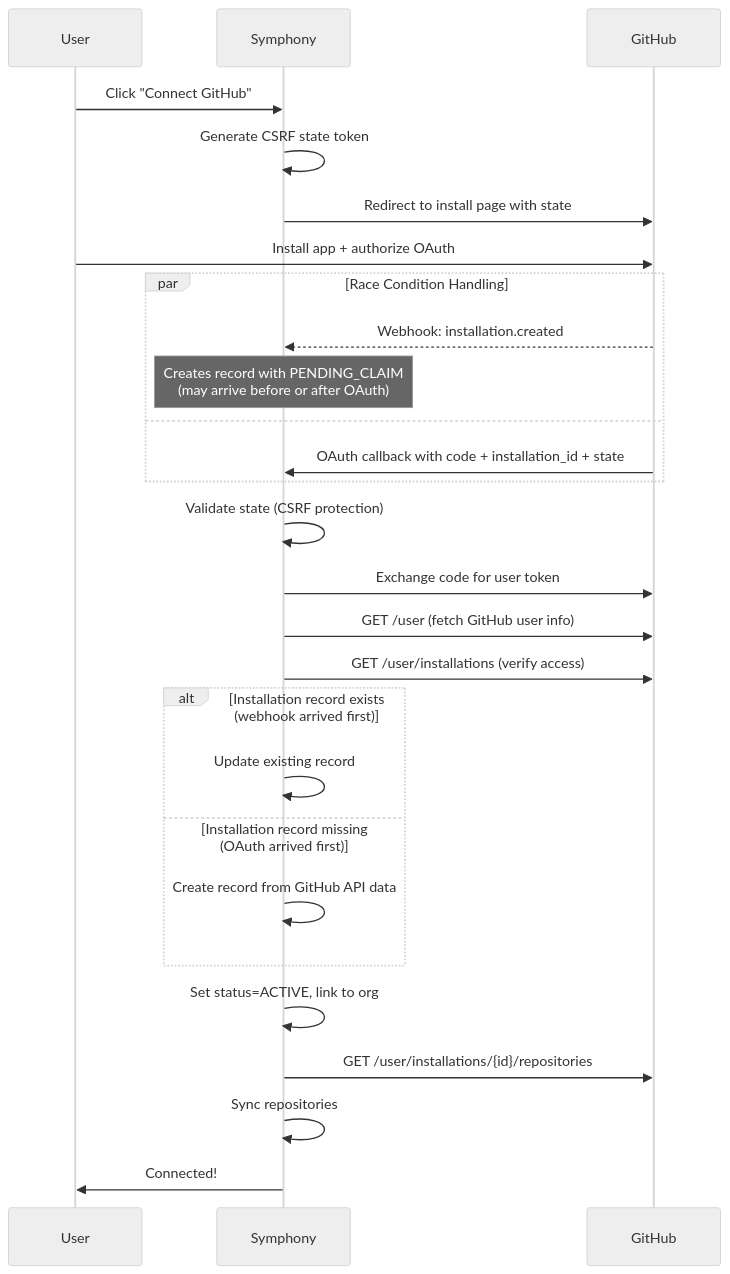
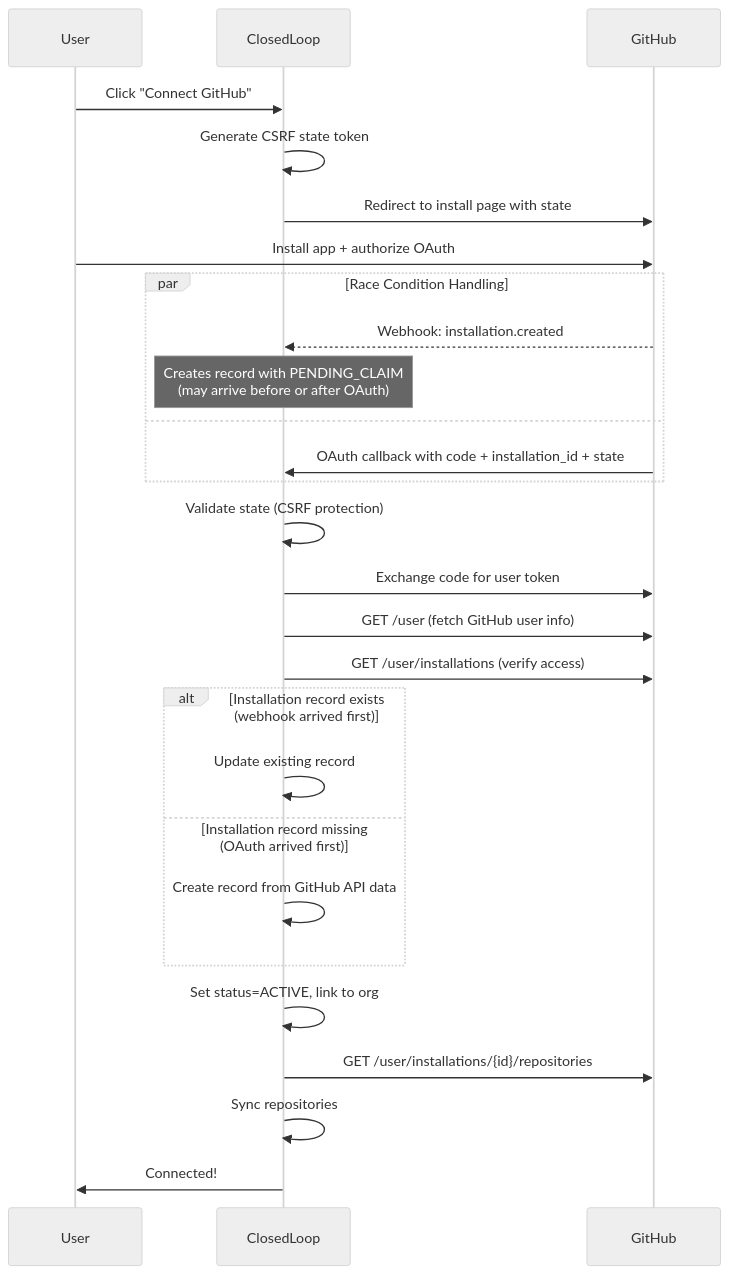
One commit to closedloop-ai/closedloop-ai changed the first of 2 diagrams in docs/github-app-setup.md. Above: the diagram before and after it, drawn with Mermaid (neutral theme). The commit also changed other lines of this file and 23 other files, not shown here.

First line of the commit message:
Symphony -> ClosedLoop rebrand (#555)

````diff
--- a/docs/github-app-setup.md
+++ b/docs/github-app-setup.md
@@ -22,34 +22,34 @@
 ```mermaid
 sequenceDiagram
     participant User
-    participant Symphony
+    participant ClosedLoop
     participant GitHub
 
-    User->>Symphony: Click "Connect GitHub"
-    Symphony->>Symphony: Generate CSRF state token
-    Symphony->>GitHub: Redirect to install page with state
+    User->>ClosedLoop: Click "Connect GitHub"
+    ClosedLoop->>ClosedLoop: Generate CSRF state token
+    ClosedLoop->>GitHub: Redirect to install page with state
     User->>GitHub: Install app + authorize OAuth
 
     par Race Condition Handling
-        GitHub-->>Symphony: Webhook: installation.created
-        Note over Symphony: Creates record with PENDING_CLAIM<br/>(may arrive before or after OAuth)
+        GitHub-->>ClosedLoop: Webhook: installation.created
+        Note over ClosedLoop: Creates record with PENDING_CLAIM<br/>(may arrive before or after OAuth)
     and
-        GitHub->>Symphony: OAuth callback with code + installation_id + state
+        GitHub->>ClosedLoop: OAuth callback with code + installation_id + state
     end
 
-    Symphony->>Symphony: Validate state (CSRF protection)
-    Symphony->>GitHub: Exchange code for user token
-    Symphony->>GitHub: GET /user (fetch GitHub user info)
-    Symphony->>GitHub: GET /user/installations (verify access)
+    ClosedLoop->>ClosedLoop: Validate state (CSRF protection)
+    ClosedLoop->>GitHub: Exchange code for user token
+    ClosedLoop->>GitHub: GET /user (fetch GitHub user info)
+    ClosedLoop->>GitHub: GET /user/installations (verify access)
 
     alt Installation record exists (webhook arrived first)
-        Symphony->>Symphony: Update existing record
+        ClosedLoop->>ClosedLoop: Update existing record
     else Installation record missing (OAuth arrived first)
-        Symphony->>Symphony: Create record from GitHub API data
+        ClosedLoop->>ClosedLoop: Create record from GitHub API data
     end
 
-    Symphony->>Symphony: Set status=ACTIVE, link to org
-    Symphony->>GitHub: GET /user/installations/{id}/repositories
-    Symphony->>Symphony: Sync repositories
-    Symphony->>User: Connected!
+    ClosedLoop->>ClosedLoop: Set status=ACTIVE, link to org
+    ClosedLoop->>GitHub: GET /user/installations/{id}/repositories
+    ClosedLoop->>ClosedLoop: Sync repositories
+    ClosedLoop->>User: Connected!
 ```
````
